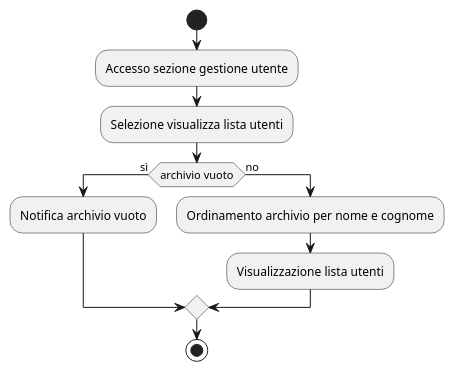
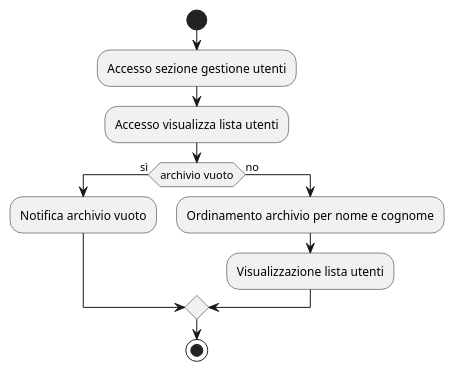
The diagram in Progettazione/AllDiagramsCode/ActivityDiagramsCode/VisualizzazioneListaUtenti.wsd (amalinconico6-cpu/Biblioteca_universitaria_10), drawn with PlantUML before and after one commit. The commit also changed 19 other files, not shown here.

```diff
--- a/Progettazione/AllDiagramsCode/ActivityDiagramsCode/VisualizzazioneListaUtenti.wsd
+++ b/Progettazione/AllDiagramsCode/ActivityDiagramsCode/VisualizzazioneListaUtenti.wsd
@@ -1,12 +1,12 @@
 @startuml VisualizzazioneListaUtenti
 start 
-:Accesso sezione gestione utente;
-:Selezione visualizza lista utenti;
+:Accesso sezione gestione utenti;
+:Accesso visualizza lista utenti;
 if(archivio vuoto) then (sì)
 :Notifica archivio vuoto;
 else (no)
 :Ordinamento archivio per nome e cognome;
 :Visualizzazione lista utenti;
 endif
 stop 
 @enduml
```
